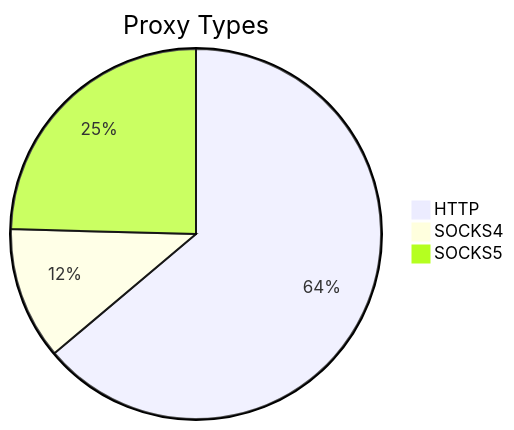
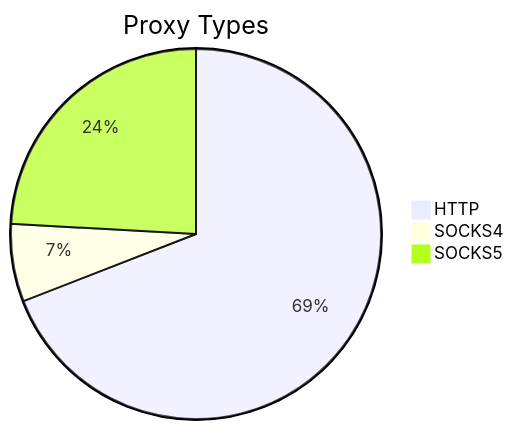
One commit to stormsia/proxy-list changed the first of 2 diagrams in README.md. Above: the diagram before and after it, drawn with Mermaid. The commit also changed other lines of this file, not shown here.

````diff
--- a/README.md
+++ b/README.md
@@ -21,6 +21,6 @@
 ```mermaid
 pie title Proxy Types
-    "HTTP" : 265
-    "SOCKS4" : 48
-    "SOCKS5" : 102
+    "HTTP" : 275
+    "SOCKS4" : 27
+    "SOCKS5" : 96
 ```
````
